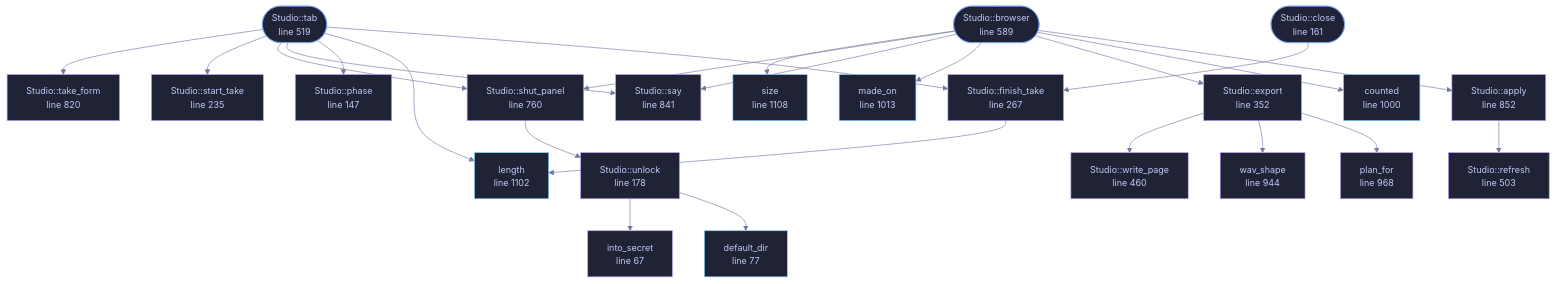
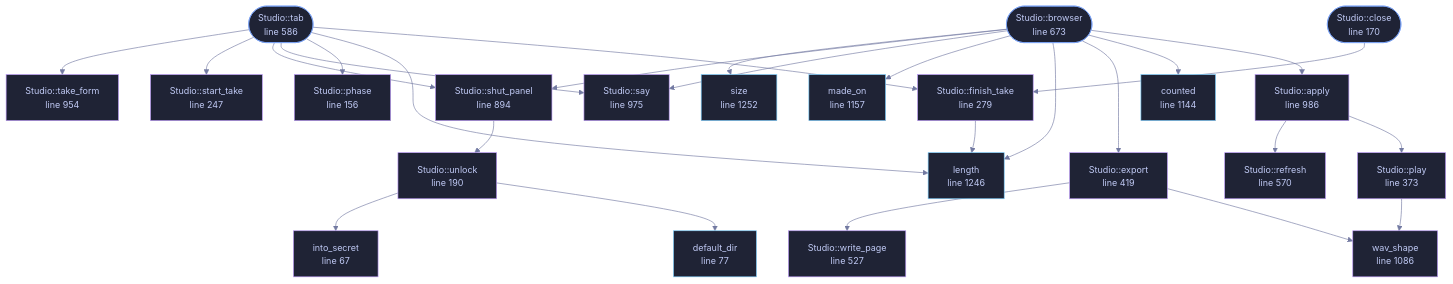
The diagram in docs/files/veilvoice-gui/studio.md (tilas01/veilvoice), drawn with Mermaid before and after one commit. The commit also changed other lines of this file and 53 other files, not shown here.

````diff
--- a/docs/files/veilvoice-gui/studio.md
+++ b/docs/files/veilvoice-gui/studio.md
@@ -120,77 +120,79 @@
 ```mermaid
 %%{init: {"theme":"base","themeVariables":{"background":"#1a1b26","primaryColor":"#1f2335","primaryTextColor":"#c0caf5","primaryBorderColor":"#7aa2f7","secondaryColor":"#16161e","tertiaryColor":"#16161e","lineColor":"#737aa2","textColor":"#c0caf5","mainBkg":"#1f2335","nodeBorder":"#7aa2f7","clusterBkg":"#16161e","clusterBorder":"#2f3549","fontFamily":"ui-monospace, SFMono-Regular, Consolas, monospace","fontSize":"14px"}}}%%
 flowchart TD
     n_into_secret["into_secret<br/>line 67"]
     n_default_dir["default_dir<br/>line 77"]
-    n_phase["Studio::phase<br/>line 147"]
-    n_close(["Studio::close<br/>line 161"])
-    n_unlock["Studio::unlock<br/>line 178"]
-    n_start_take["Studio::start_take<br/>line 235"]
-    n_finish_take["Studio::finish_take<br/>line 267"]
-    n_export["Studio::export<br/>line 352"]
-    n_write_page["Studio::write_page<br/>line 460"]
-    n_refresh["Studio::refresh<br/>line 503"]
-    n_tab(["Studio::tab<br/>line 519"])
-    n_browser(["Studio::browser<br/>line 589"])
-    n_shut_panel["Studio::shut_panel<br/>line 760"]
-    n_take_form["Studio::take_form<br/>line 820"]
-    n_say["Studio::say<br/>line 841"]
-    n_apply["Studio::apply<br/>line 852"]
-    n_wav_shape["wav_shape<br/>line 944"]
-    n_plan_for["plan_for<br/>line 968"]
-    n_counted["counted<br/>line 1000"]
-    n_made_on["made_on<br/>line 1013"]
-    n_length["length<br/>line 1102"]
-    n_size["size<br/>line 1108"]
+    n_phase["Studio::phase<br/>line 156"]
+    n_close(["Studio::close<br/>line 170"])
+    n_unlock["Studio::unlock<br/>line 190"]
+    n_start_take["Studio::start_take<br/>line 247"]
+    n_finish_take["Studio::finish_take<br/>line 279"]
+    n_play["Studio::play<br/>line 373"]
+    n_export["Studio::export<br/>line 419"]
+    n_write_page["Studio::write_page<br/>line 527"]
+    n_refresh["Studio::refresh<br/>line 570"]
+    n_tab(["Studio::tab<br/>line 586"])
+    n_browser(["Studio::browser<br/>line 673"])
+    n_shut_panel["Studio::shut_panel<br/>line 894"]
+    n_take_form["Studio::take_form<br/>line 954"]
+    n_say["Studio::say<br/>line 975"]
+    n_apply["Studio::apply<br/>line 986"]
+    n_wav_shape["wav_shape<br/>line 1086"]
+    n_counted["counted<br/>line 1144"]
+    n_made_on["made_on<br/>line 1157"]
+    n_length["length<br/>line 1246"]
+    n_size["size<br/>line 1252"]
+    n_apply --> n_play
     n_apply --> n_refresh
     n_browser --> n_apply
     n_browser --> n_counted
     n_browser --> n_export
+    n_browser --> n_length
     n_browser --> n_made_on
     n_browser --> n_say
     n_browser --> n_shut_panel
     n_browser --> n_size
     n_close --> n_finish_take
-    n_export --> n_plan_for
     n_export --> n_wav_shape
     n_export --> n_write_page
     n_finish_take --> n_length
+    n_play --> n_wav_shape
     n_shut_panel --> n_unlock
     n_tab --> n_finish_take
     n_tab --> n_length
     n_tab --> n_phase
     n_tab --> n_say
     n_tab --> n_shut_panel
     n_tab --> n_start_take
     n_tab --> n_take_form
     n_unlock --> n_default_dir
     n_unlock --> n_into_secret
     click n_into_secret href "https://github.com/tilas01/veilvoice/blob/main/crates/veilvoice-gui/src/studio.rs#L67" "open the source"
     click n_default_dir href "https://github.com/tilas01/veilvoice/blob/main/crates/veilvoice-gui/src/studio.rs#L77" "open the source"
-    click n_phase href "https://github.com/tilas01/veilvoice/blob/main/crates/veilvoice-gui/src/studio.rs#L147" "open the source"
-    click n_close href "https://github.com/tilas01/veilvoice/blob/main/crates/veilvoice-gui/src/studio.rs#L161" "open the source"
-    click n_unlock href "https://github.com/tilas01/veilvoice/blob/main/crates/veilvoice-gui/src/studio.rs#L178" "open the source"
-    click n_start_take href "https://github.com/tilas01/veilvoice/blob/main/crates/veilvoice-gui/src/studio.rs#L235" "open the source"
-    click n_finish_take href "https://github.com/tilas01/veilvoice/blob/main/crates/veilvoice-gui/src/studio.rs#L267" "open the source"
-    click n_export href "https://github.com/tilas01/veilvoice/blob/main/crates/veilvoice-gui/src/studio.rs#L352" "open the source"
-    click n_write_page href "https://github.com/tilas01/veilvoice/blob/main/crates/veilvoice-gui/src/studio.rs#L460" "open the source"
-    click n_refresh href "https://github.com/tilas01/veilvoice/blob/main/crates/veilvoice-gui/src/studio.rs#L503" "open the source"
-    click n_tab href "https://github.com/tilas01/veilvoice/blob/main/crates/veilvoice-gui/src/studio.rs#L519" "open the source"
-    click n_browser href "https://github.com/tilas01/veilvoice/blob/main/crates/veilvoice-gui/src/studio.rs#L589" "open the source"
-    click n_shut_panel href "https://github.com/tilas01/veilvoice/blob/main/crates/veilvoice-gui/src/studio.rs#L760" "open the source"
-    click n_take_form href "https://github.com/tilas01/veilvoice/blob/main/crates/veilvoice-gui/src/studio.rs#L820" "open the source"
-    click n_say href "https://github.com/tilas01/veilvoice/blob/main/crates/veilvoice-gui/src/studio.rs#L841" "open the source"
-    click n_apply href "https://github.com/tilas01/veilvoice/blob/main/crates/veilvoice-gui/src/studio.rs#L852" "open the source"
-    click n_wav_shape href "https://github.com/tilas01/veilvoice/blob/main/crates/veilvoice-gui/src/studio.rs#L944" "open the source"
-    click n_plan_for href "https://github.com/tilas01/veilvoice/blob/main/crates/veilvoice-gui/src/studio.rs#L968" "open the source"
-    click n_counted href "https://github.com/tilas01/veilvoice/blob/main/crates/veilvoice-gui/src/studio.rs#L1000" "open the source"
-    click n_made_on href "https://github.com/tilas01/veilvoice/blob/main/crates/veilvoice-gui/src/studio.rs#L1013" "open the source"
-    click n_length href "https://github.com/tilas01/veilvoice/blob/main/crates/veilvoice-gui/src/studio.rs#L1102" "open the source"
-    click n_size href "https://github.com/tilas01/veilvoice/blob/main/crates/veilvoice-gui/src/studio.rs#L1108" "open the source"
+    click n_phase href "https://github.com/tilas01/veilvoice/blob/main/crates/veilvoice-gui/src/studio.rs#L156" "open the source"
+    click n_close href "https://github.com/tilas01/veilvoice/blob/main/crates/veilvoice-gui/src/studio.rs#L170" "open the source"
+    click n_unlock href "https://github.com/tilas01/veilvoice/blob/main/crates/veilvoice-gui/src/studio.rs#L190" "open the source"
+    click n_start_take href "https://github.com/tilas01/veilvoice/blob/main/crates/veilvoice-gui/src/studio.rs#L247" "open the source"
+    click n_finish_take href "https://github.com/tilas01/veilvoice/blob/main/crates/veilvoice-gui/src/studio.rs#L279" "open the source"
+    click n_play href "https://github.com/tilas01/veilvoice/blob/main/crates/veilvoice-gui/src/studio.rs#L373" "open the source"
+    click n_export href "https://github.com/tilas01/veilvoice/blob/main/crates/veilvoice-gui/src/studio.rs#L419" "open the source"
+    click n_write_page href "https://github.com/tilas01/veilvoice/blob/main/crates/veilvoice-gui/src/studio.rs#L527" "open the source"
+    click n_refresh href "https://github.com/tilas01/veilvoice/blob/main/crates/veilvoice-gui/src/studio.rs#L570" "open the source"
+    click n_tab href "https://github.com/tilas01/veilvoice/blob/main/crates/veilvoice-gui/src/studio.rs#L586" "open the source"
+    click n_browser href "https://github.com/tilas01/veilvoice/blob/main/crates/veilvoice-gui/src/studio.rs#L673" "open the source"
+    click n_shut_panel href "https://github.com/tilas01/veilvoice/blob/main/crates/veilvoice-gui/src/studio.rs#L894" "open the source"
+    click n_take_form href "https://github.com/tilas01/veilvoice/blob/main/crates/veilvoice-gui/src/studio.rs#L954" "open the source"
+    click n_say href "https://github.com/tilas01/veilvoice/blob/main/crates/veilvoice-gui/src/studio.rs#L975" "open the source"
+    click n_apply href "https://github.com/tilas01/veilvoice/blob/main/crates/veilvoice-gui/src/studio.rs#L986" "open the source"
+    click n_wav_shape href "https://github.com/tilas01/veilvoice/blob/main/crates/veilvoice-gui/src/studio.rs#L1086" "open the source"
+    click n_counted href "https://github.com/tilas01/veilvoice/blob/main/crates/veilvoice-gui/src/studio.rs#L1144" "open the source"
+    click n_made_on href "https://github.com/tilas01/veilvoice/blob/main/crates/veilvoice-gui/src/studio.rs#L1157" "open the source"
+    click n_length href "https://github.com/tilas01/veilvoice/blob/main/crates/veilvoice-gui/src/studio.rs#L1246" "open the source"
+    click n_size href "https://github.com/tilas01/veilvoice/blob/main/crates/veilvoice-gui/src/studio.rs#L1252" "open the source"
     classDef entry fill:#1f2335,stroke:#7aa2f7,color:#c0caf5
     class n_close,n_tab,n_browser entry
     classDef api fill:#1f2335,stroke:#7dcfff,color:#c0caf5
     class n_default_dir,n_counted,n_made_on,n_length,n_size api
     classDef helper fill:#1f2335,stroke:#bb9af7,color:#c0caf5
-    class n_into_secret,n_phase,n_unlock,n_start_take,n_finish_take,n_export,n_write_page,n_refresh,n_shut_panel,n_take_form,n_say,n_apply,n_wav_shape,n_plan_for helper
+    class n_into_secret,n_phase,n_unlock,n_start_take,n_finish_take,n_play,n_export,n_write_page,n_refresh,n_shut_panel,n_take_form,n_say,n_apply,n_wav_shape helper
 ```
````
